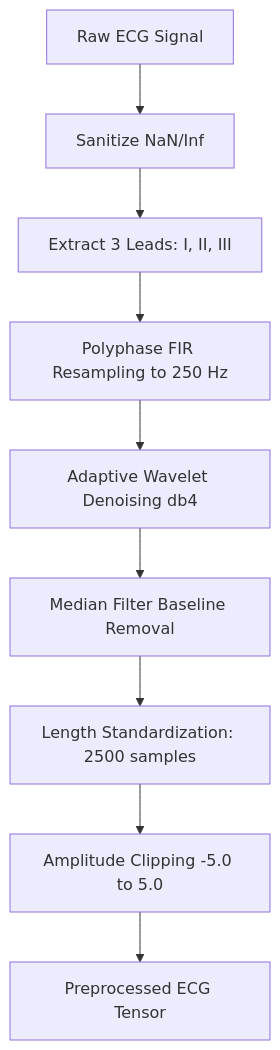
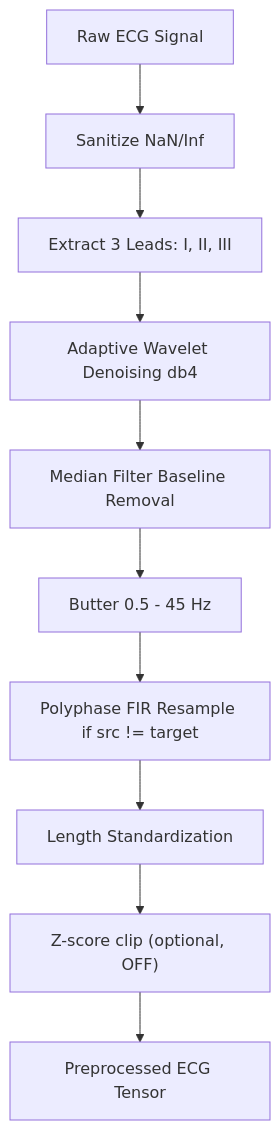
The diagram in docs/preprocessing.md (muhffikkri/arrhythmia-detection-1d-cnn), drawn with Mermaid before and after one commit. The commit also changed other lines of this file and 7 other files, not shown here.

````diff
--- a/docs/preprocessing.md
+++ b/docs/preprocessing.md
@@ -24,11 +58,12 @@
 ```mermaid
 graph TD
     A[Raw ECG Signal] --> B[Sanitize NaN/Inf]
     B --> C[Extract 3 Leads: I, II, III]
-    C --> D[Polyphase FIR Resampling to 250 Hz]
-    D --> E[Adaptive Wavelet Denoising db4]
-    E --> F[Median Filter Baseline Removal]
-    F --> G[Length Standardization: 2500 samples]
-    G --> H[Amplitude Clipping -5.0 to 5.0]
-    H --> I[Preprocessed ECG Tensor]
+    C --> D[Adaptive Wavelet Denoising db4]
+    D --> E[Median Filter Baseline Removal]
+    E --> F[Butter 0.5 - 45 Hz]
+    F --> G[Polyphase FIR Resample if src != target]
+    G --> H[Length Standardization]
+    H --> I["Z-score clip (optional, OFF)"]
+    I --> J[Preprocessed ECG Tensor]
 ```
````
